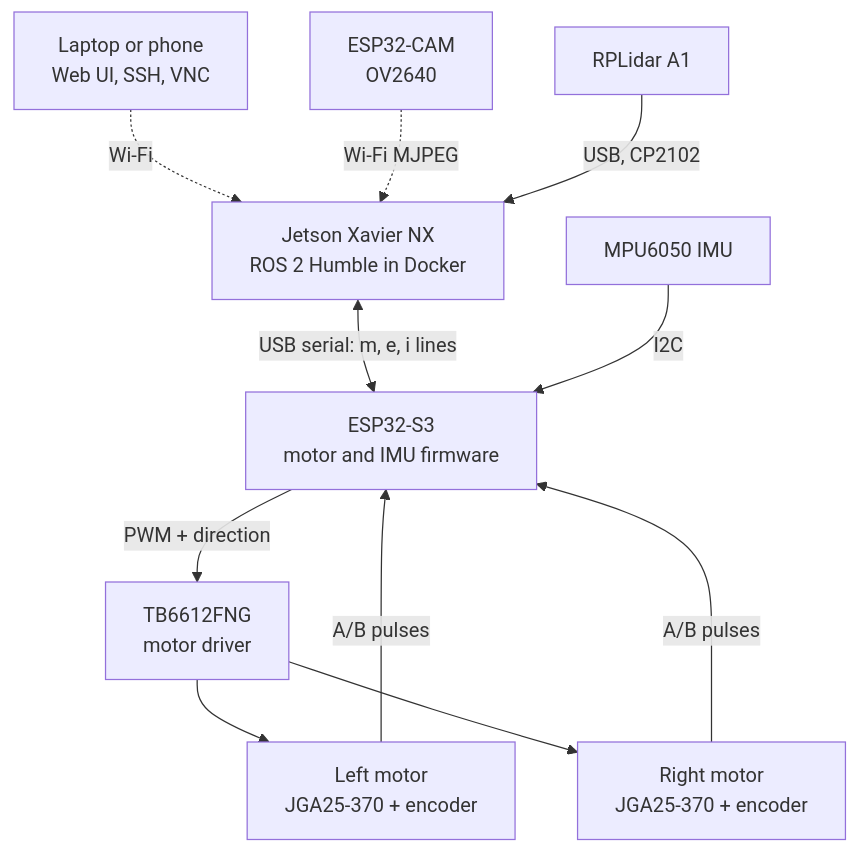
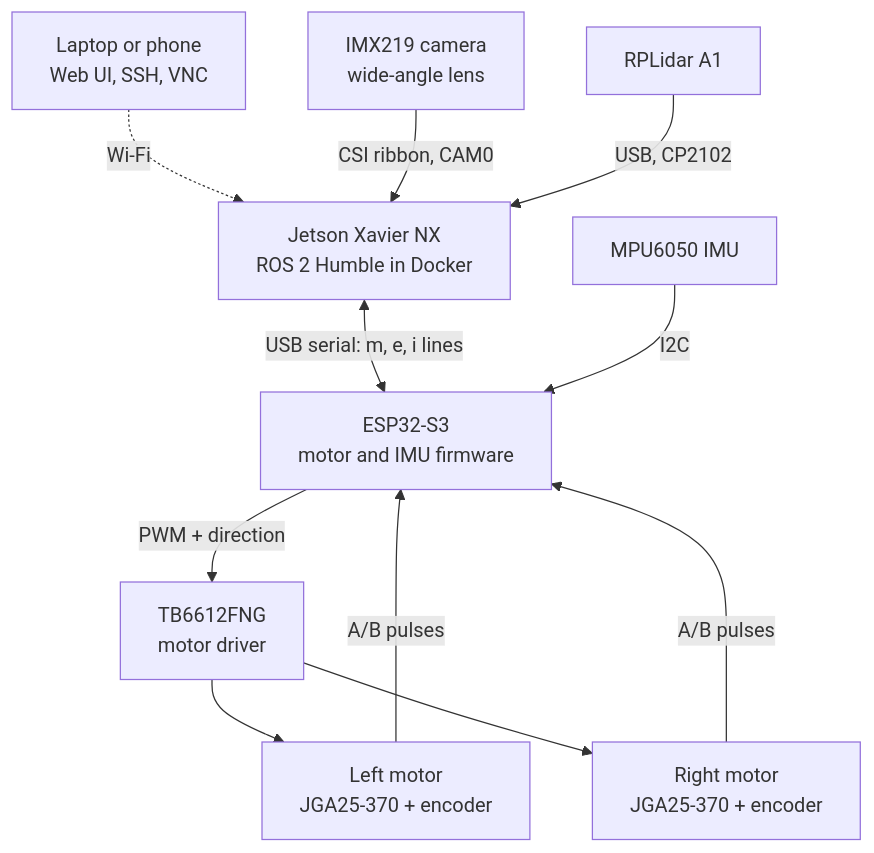
The diagram in docs/architecture/HARDWARE.md (jakhon37/autoJetsonBot), drawn with Mermaid before and after one commit. The commit also changed other lines of this file and 6 other files, not shown here.

First line of the commit message:
Record the CSI camera, its path into ROS and the motor board's socket.

````diff
--- a/docs/architecture/HARDWARE.md
+++ b/docs/architecture/HARDWARE.md
@@ -29,22 +29,22 @@
 ```mermaid
 flowchart TB
     op["Laptop or phone<br/>Web UI, SSH, VNC"]
-    cam["ESP32-CAM<br/>OV2640"]
+    cam["IMX219 camera<br/>wide-angle lens"]
     jetson["Jetson Xavier NX<br/>ROS 2 Humble in Docker"]
     lidar["RPLidar A1"]
     esp["ESP32-S3<br/>motor and IMU firmware"]
     imu["MPU6050 IMU"]
     driver["TB6612FNG<br/>motor driver"]
     motorL["Left motor<br/>JGA25-370 + encoder"]
     motorR["Right motor<br/>JGA25-370 + encoder"]
     op -.->|"Wi-Fi"| jetson
-    cam -.->|"Wi-Fi MJPEG"| jetson
+    cam -->|"CSI ribbon, CAM0"| jetson
     lidar -->|"USB, CP2102"| jetson
     jetson <-->|"USB serial: m, e, i lines"| esp
     imu -->|"I2C"| esp
     esp -->|"PWM + direction"| driver
     driver --> motorL
     driver --> motorR
     motorL -->|"A/B pulses"| esp
     motorR -->|"A/B pulses"| esp
 ```
````
